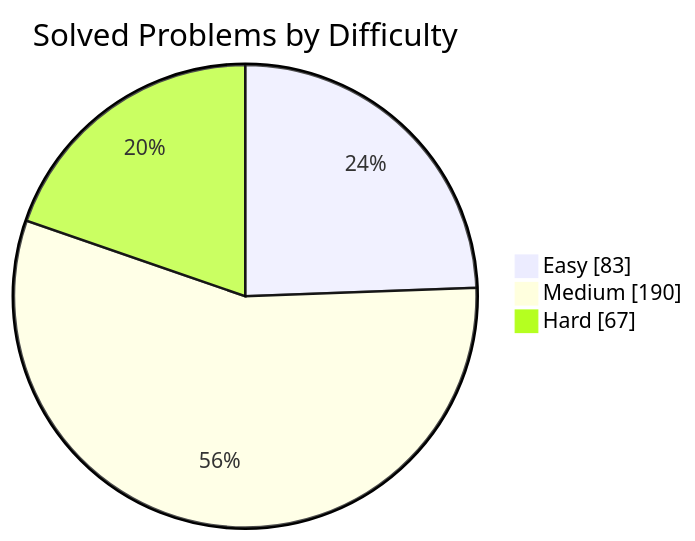
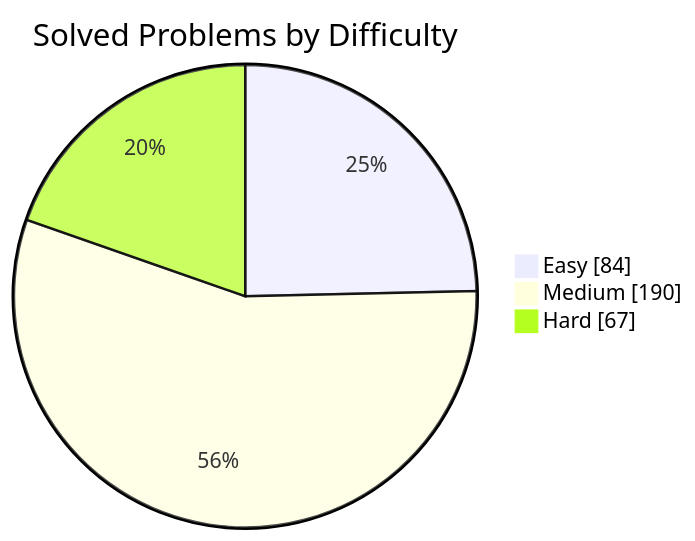
One commit to manikantbindass/DSA-Preparation-FAANG changed the first of 2 diagrams in README.md. Above: the diagram before and after it, drawn with Mermaid. The commit also changed other lines of this file and 1 other file, not shown here.

````diff
--- a/README.md
+++ b/README.md
@@ -77,7 +77,7 @@
 ```mermaid
 pie showData
     title Solved Problems by Difficulty
-    "Easy" : 83
+    "Easy" : 84
     "Medium" : 190
     "Hard" : 67
 ```
````
